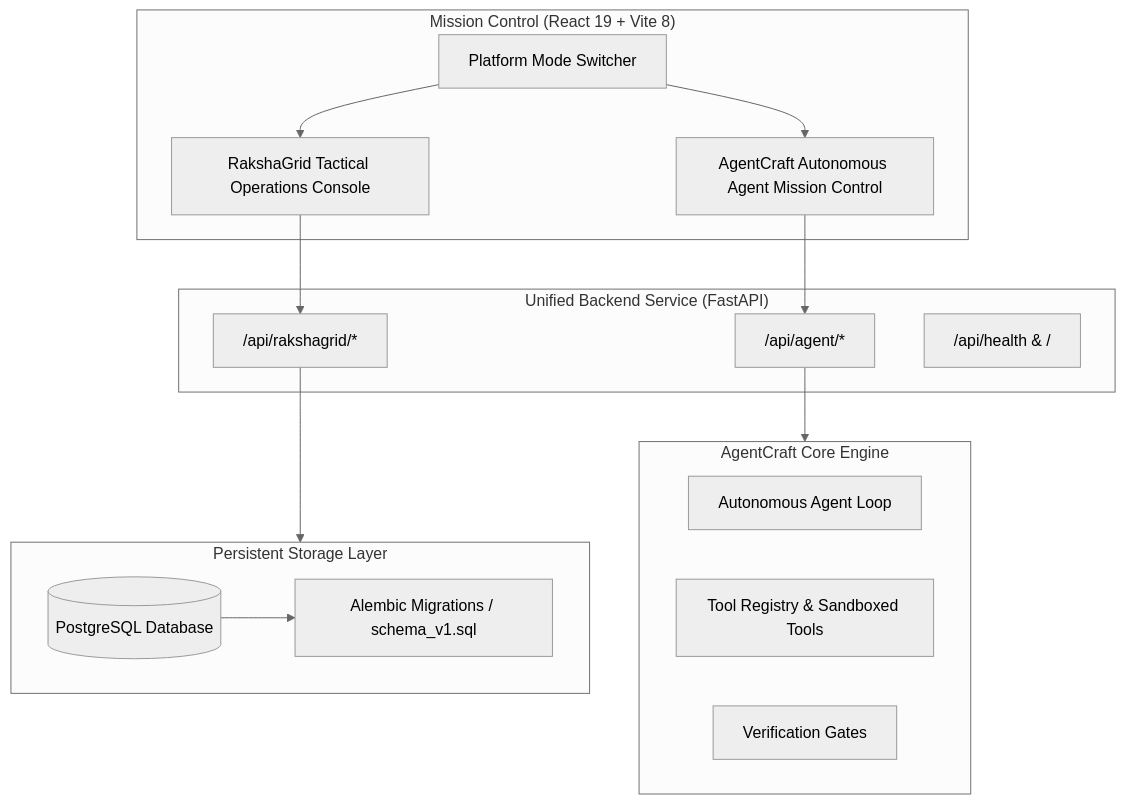
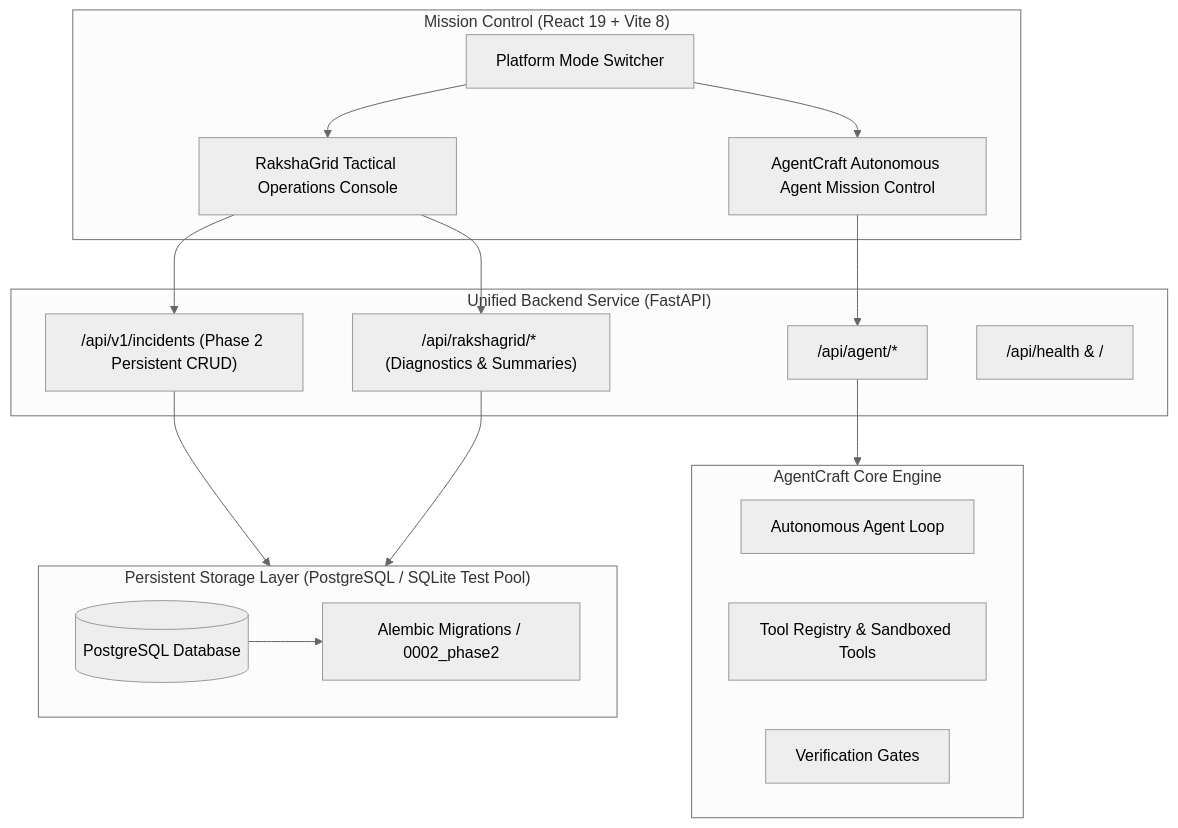
One commit to singhrohit09/AGENTCRAFT changed the diagram in docs/RAKSHAGRID.md. Above: the diagram before and after it, drawn with Mermaid (neutral theme). The commit also changed other lines of this file and 17 other files, not shown here.

Commit message:
feat(rakshagrid): implement database-backed incident management

````diff
--- a/docs/RAKSHAGRID.md
+++ b/docs/RAKSHAGRID.md
@@ -25,33 +25,36 @@
 ```mermaid
 flowchart TD
     subgraph Frontend["Mission Control (React 19 + Vite 8)"]
         UI[Platform Mode Switcher]
         RG[RakshaGrid Tactical Operations Console]
         AC[AgentCraft Autonomous Agent Mission Control]
         UI --> RG
         UI --> AC
     end
 
     subgraph Backend["Unified Backend Service (FastAPI)"]
-        RGRoutes["/api/rakshagrid/*"]
+        IncRoutes["/api/v1/incidents (Phase 2 Persistent CRUD)"]
+        RGRoutes["/api/rakshagrid/* (Diagnostics & Summaries)"]
         ACRoutes["/api/agent/*"]
         SysRoutes["/api/health & /"]
     end
 
     subgraph CoreEngine["AgentCraft Core Engine"]
         Agent[Autonomous Agent Loop]
         Tools[Tool Registry & Sandboxed Tools]
         Verifier[Verification Gates]
     end
 
-    subgraph Database["Persistent Storage Layer"]
+    subgraph Database["Persistent Storage Layer (PostgreSQL / SQLite Test Pool)"]
         PG[(PostgreSQL Database)]
-        Alembic[Alembic Migrations / schema_v1.sql]
+        Alembic[Alembic Migrations / 0002_phase2]
         PG --> Alembic
     end
 
+    RG --> IncRoutes
     RG --> RGRoutes
     AC --> ACRoutes
+    IncRoutes --> Database
     RGRoutes --> Database
     ACRoutes --> CoreEngine
 ```
````
